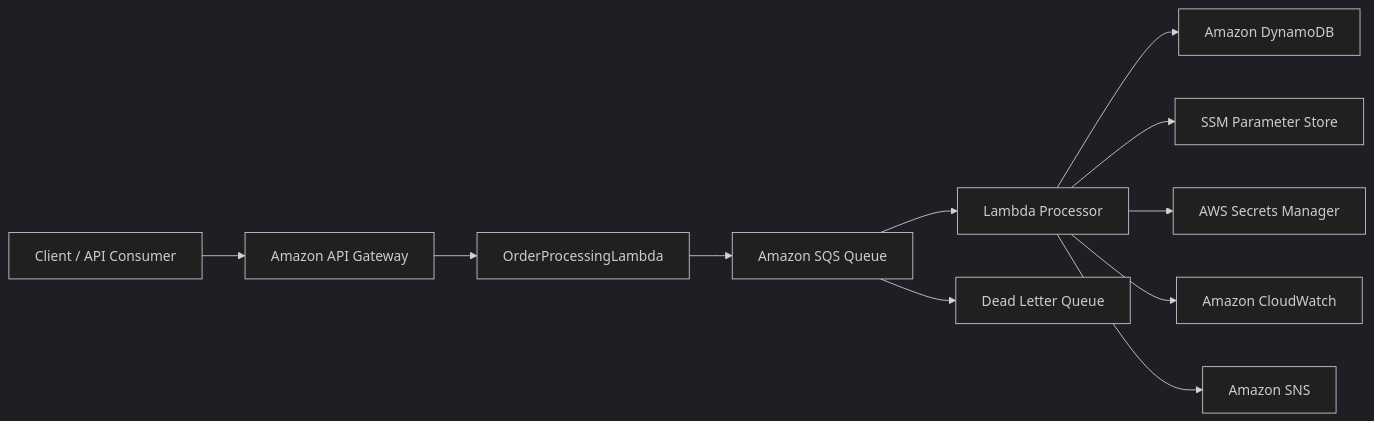
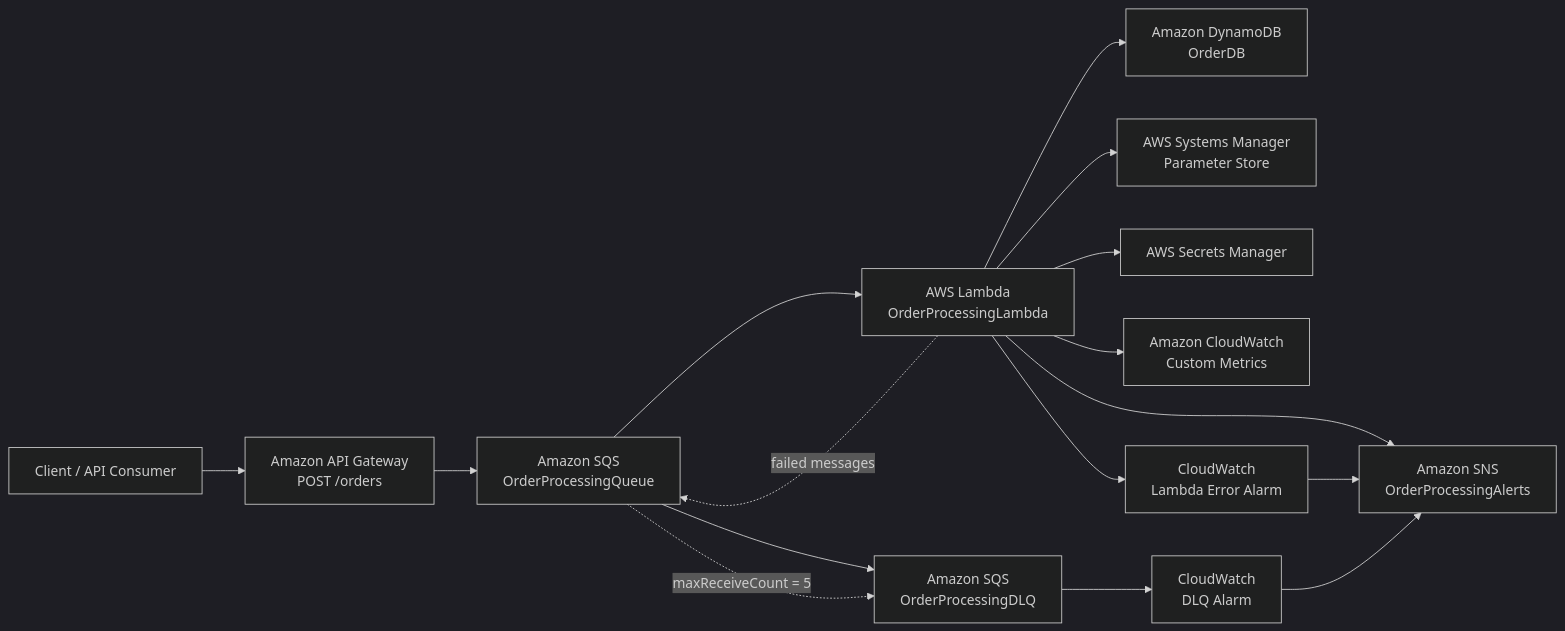
Before and after one commit to thecodealchemy/AwsLambdaOrderProcessingMicroserviceInfrastructure: the diagram in Readme.md, drawn with Mermaid (dark theme). The commit also changed other lines of this file, not shown here.

Commit message:
Correct README: API Gateway sends messages directly to SQS queue, not through Lambda

````diff
--- a/Readme.md
+++ b/Readme.md
@@ -31,13 +46,29 @@
 ```mermaid
 flowchart LR
-    Client[Client / API Consumer] --> API[Amazon API Gateway]
-    API --> Lambda[OrderProcessingLambda]
-    Lambda --> SQS[Amazon SQS Queue]
-    SQS --> Processor[Lambda Processor]
-    Processor --> DDB[Amazon DynamoDB]
-    Processor --> SSM[SSM Parameter Store]
-    Processor --> Secrets[AWS Secrets Manager]
-    Processor --> CW[Amazon CloudWatch]
-    Processor --> SNS[Amazon SNS]
-    SQS --> DLQ[Dead Letter Queue]
+    Client["Client / API Consumer"] --> API["Amazon API Gateway<br/>POST /orders"]
+    
+    API --> SQS["Amazon SQS<br/>OrderProcessingQueue"]
+    
+    SQS --> Lambda["AWS Lambda<br/>OrderProcessingLambda"]
+    
+    Lambda --> DynamoDB["Amazon DynamoDB<br/>OrderDB"]
+    
+    Lambda --> SSM["AWS Systems Manager<br/>Parameter Store"]
+    
+    Lambda --> Secrets["AWS Secrets Manager"]
+    
+    Lambda --> Metrics["Amazon CloudWatch<br/>Custom Metrics"]
+    
+    Lambda --> SNS["Amazon SNS<br/>OrderProcessingAlerts"]
+    
+    SQS --> DLQ["Amazon SQS<br/>OrderProcessingDLQ"]
+    
+    Lambda -. failed messages .-> SQS
+    SQS -. maxReceiveCount = 5 .-> DLQ
+    
+    DLQ --> DLQAlarm["CloudWatch<br/>DLQ Alarm"]
+    Lambda --> LambdaAlarm["CloudWatch<br/>Lambda Error Alarm"]
+    
+    LambdaAlarm --> SNS
+    DLQAlarm --> SNS
 ```
````
